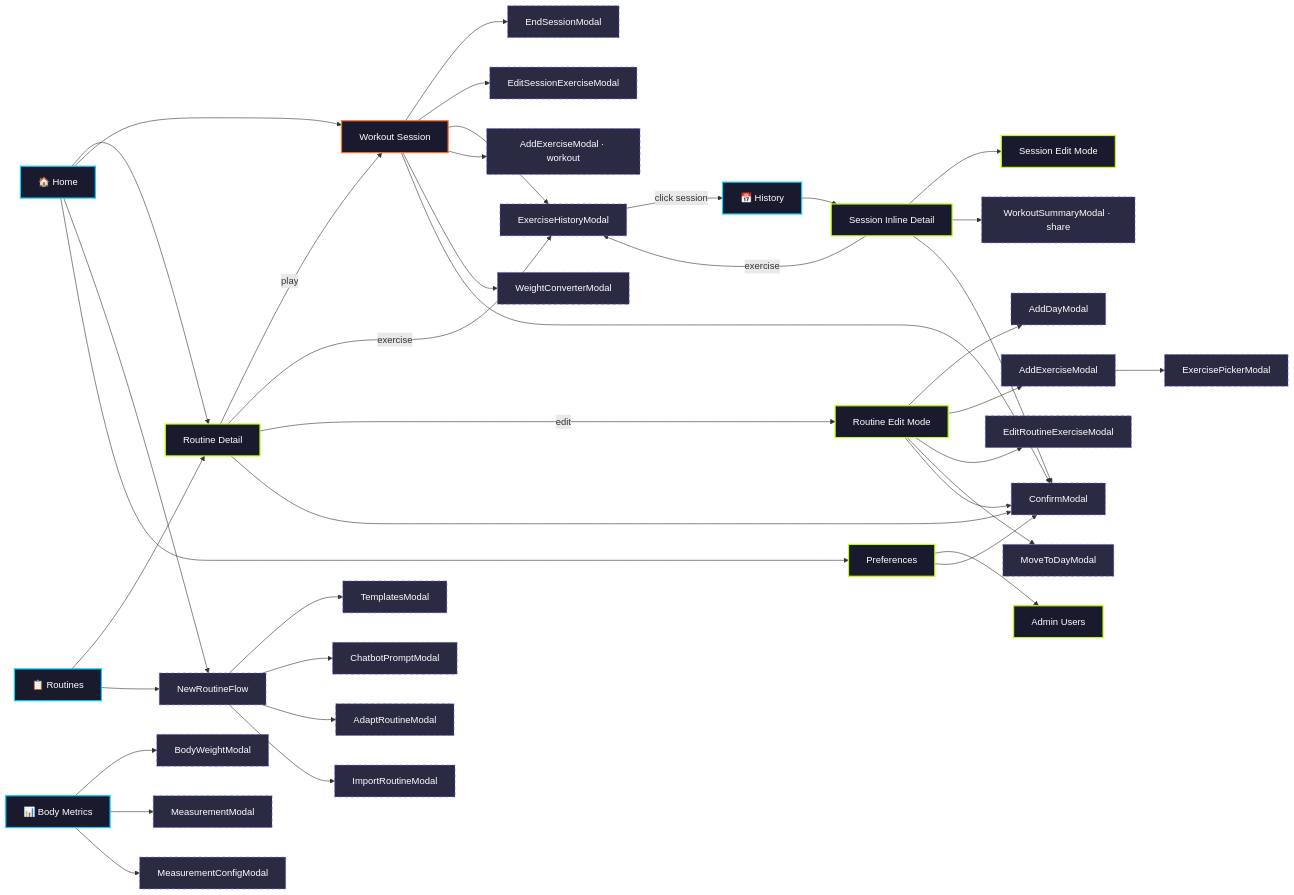
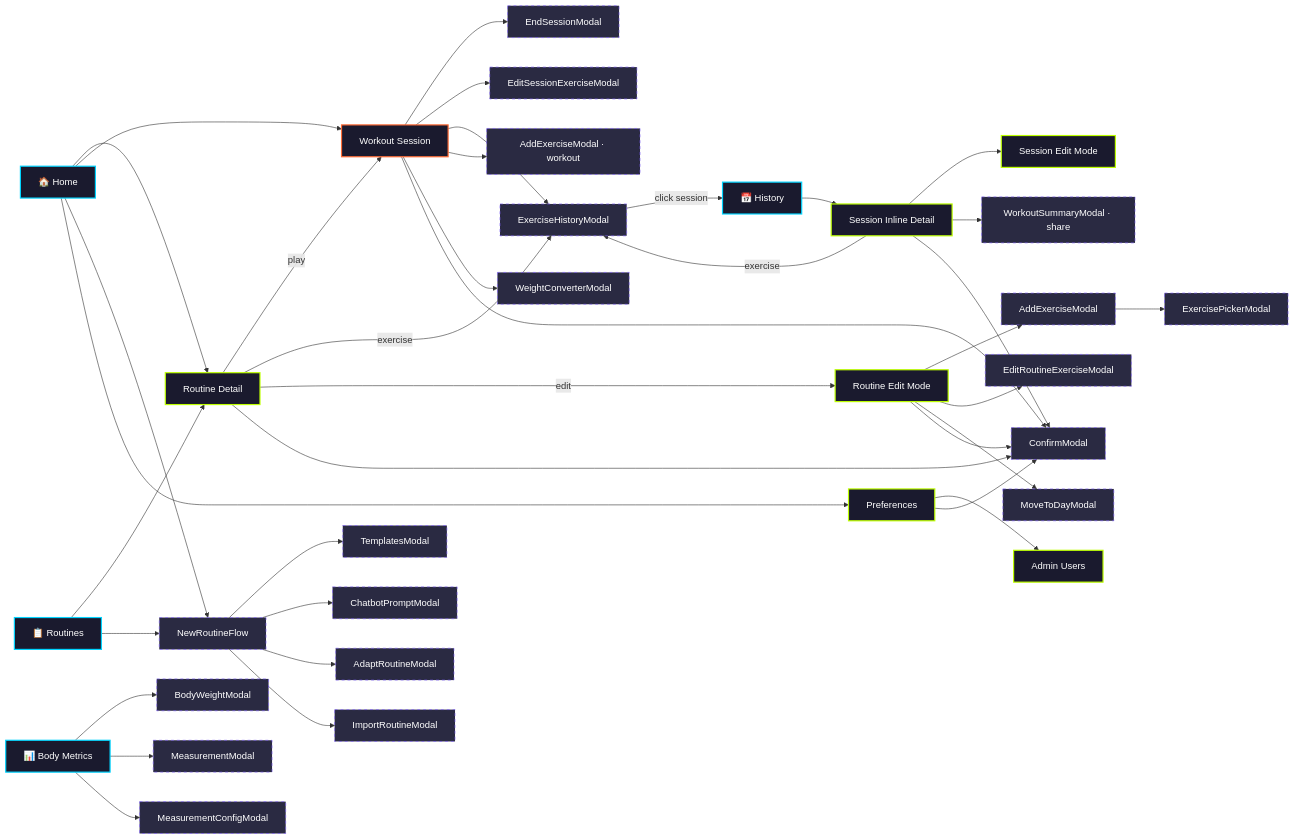
Before and after one commit to serlox-hub/gym-routine-page: the diagram in docs/navigation-flow.md, drawn with Mermaid. The commit also changed 27 other files, not shown here.

````diff
--- a/docs/navigation-flow.md
+++ b/docs/navigation-flow.md
@@ -3,75 +3,74 @@
 ```mermaid
 flowchart LR
     classDef page fill:#1a1a2e,stroke:#BEFF00,color:#fff,stroke-width:2px
     classDef tab fill:#1a1a2e,stroke:#00D4FF,color:#fff,stroke-width:2px
     classDef modal fill:#2a2a42,stroke:#7C5CFC,color:#fff,stroke-width:1px,stroke-dasharray:5
     classDef overlay fill:#1a1a2e,stroke:#FF6B35,color:#fff,stroke-width:2px
 
     %% ============ TABS (entry points) ============
     HOME["🏠 Home"]:::tab
     ROUTINES["📋 Routines"]:::tab
     HISTORY["📅 History"]:::tab
     BODY["📊 Body Metrics"]:::tab
 
     %% ============ SHARED COMPONENTS ============
     EXERCISE_HISTORY_MODAL["ExerciseHistoryModal"]:::modal
     NEW_ROUTINE_FLOW["NewRoutineFlow"]:::modal
     WORKOUT_SESSION["Workout Session"]:::overlay
     CONFIRM_MODAL["ConfirmModal"]:::modal
 
     %% ============ HOME ============
     HOME --> ROUTINE_DETAIL
     HOME --> WORKOUT_SESSION
     HOME --> NEW_ROUTINE_FLOW
     HOME --> PREFERENCES["Preferences"]:::page
     PREFERENCES --> ADMIN["Admin Users"]:::page
     PREFERENCES --> CONFIRM_MODAL
 
     %% ============ ROUTINES ============
     ROUTINES --> ROUTINE_DETAIL
     ROUTINES --> NEW_ROUTINE_FLOW
 
     %% ============ NEW ROUTINE FLOW ============
     NEW_ROUTINE_FLOW --> TEMPLATES["TemplatesModal"]:::modal
     NEW_ROUTINE_FLOW --> CHATBOT["ChatbotPromptModal"]:::modal
     NEW_ROUTINE_FLOW --> ADAPT["AdaptRoutineModal"]:::modal
     NEW_ROUTINE_FLOW --> IMPORT["ImportRoutineModal"]:::modal
 
     %% ============ ROUTINE DETAIL ============
     ROUTINE_DETAIL["Routine Detail"]:::page
     ROUTINE_DETAIL -->|"play"| WORKOUT_SESSION
     ROUTINE_DETAIL -->|"exercise"| EXERCISE_HISTORY_MODAL
     ROUTINE_DETAIL -->|"edit"| ROUTINE_EDIT["Routine Edit Mode"]:::page
     ROUTINE_DETAIL --> CONFIRM_MODAL
 
-    ROUTINE_EDIT --> ADD_DAY["AddDayModal"]:::modal
     ROUTINE_EDIT --> ADD_EXERCISE_MODAL["AddExerciseModal"]:::modal
     ROUTINE_EDIT --> EDIT_RE["EditRoutineExerciseModal"]:::modal
     ROUTINE_EDIT --> MOVE_DAY["MoveToDayModal"]:::modal
     ROUTINE_EDIT --> CONFIRM_MODAL
     ADD_EXERCISE_MODAL --> EXERCISE_PICKER["ExercisePickerModal"]:::modal
 
     %% ============ WORKOUT SESSION ============
     WORKOUT_SESSION --> END_SESSION["EndSessionModal"]:::modal
     WORKOUT_SESSION --> EDIT_SE["EditSessionExerciseModal"]:::modal
     WORKOUT_SESSION --> EXERCISE_HISTORY_MODAL
     WORKOUT_SESSION --> ADD_EX_W["AddExerciseModal · workout"]:::modal
     WORKOUT_SESSION --> WEIGHT_CONV["WeightConverterModal"]:::modal
     WORKOUT_SESSION --> CONFIRM_MODAL
 
     %% ============ EXERCISE HISTORY MODAL ============
     EXERCISE_HISTORY_MODAL -->|"click session"| HISTORY
 
     %% ============ HISTORY ============
     HISTORY --> SESSION_DETAIL["Session Inline Detail"]:::page
     SESSION_DETAIL -->|"exercise"| EXERCISE_HISTORY_MODAL
     SESSION_DETAIL --> SESSION_EDIT["Session Edit Mode"]:::page
     SESSION_DETAIL --> SUMMARY_H["WorkoutSummaryModal · share"]:::modal
     SESSION_DETAIL --> CONFIRM_MODAL
 
     %% ============ BODY METRICS ============
     BODY --> WEIGHT_MODAL["BodyWeightModal"]:::modal
     BODY --> MEASUREMENT["MeasurementModal"]:::modal
     BODY --> MEAS_CONFIG["MeasurementConfigModal"]:::modal
 
 ```
````
